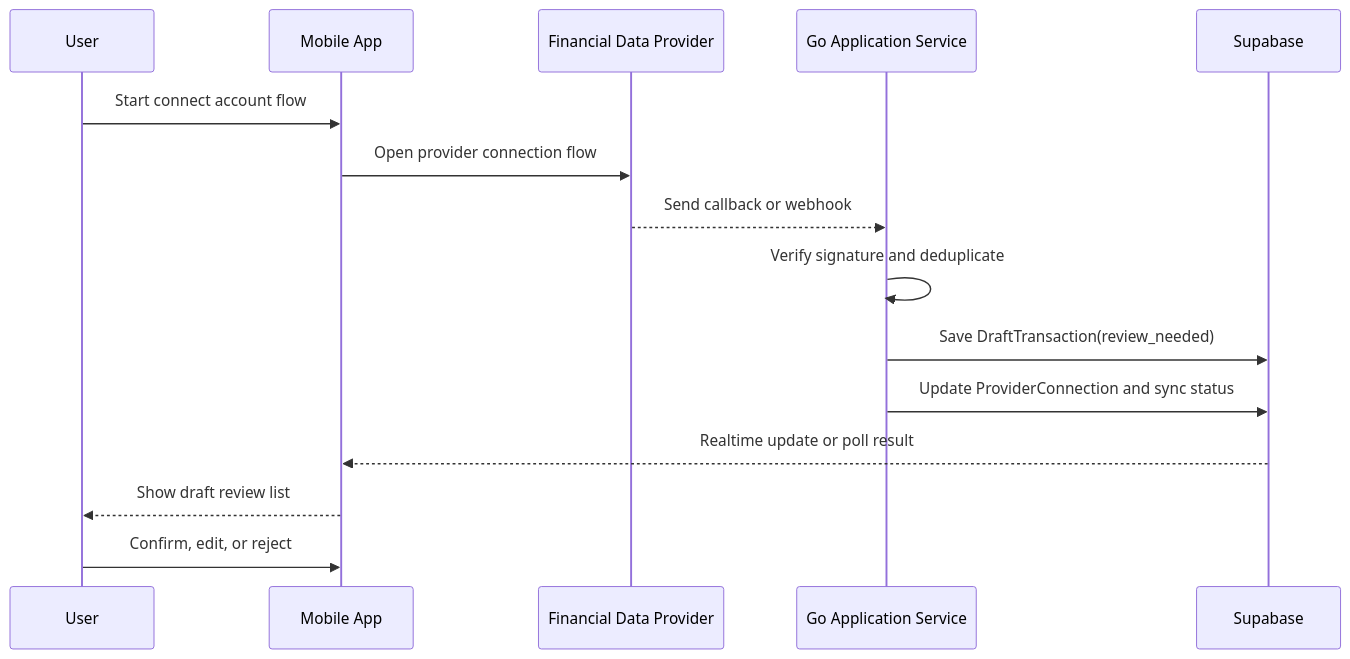
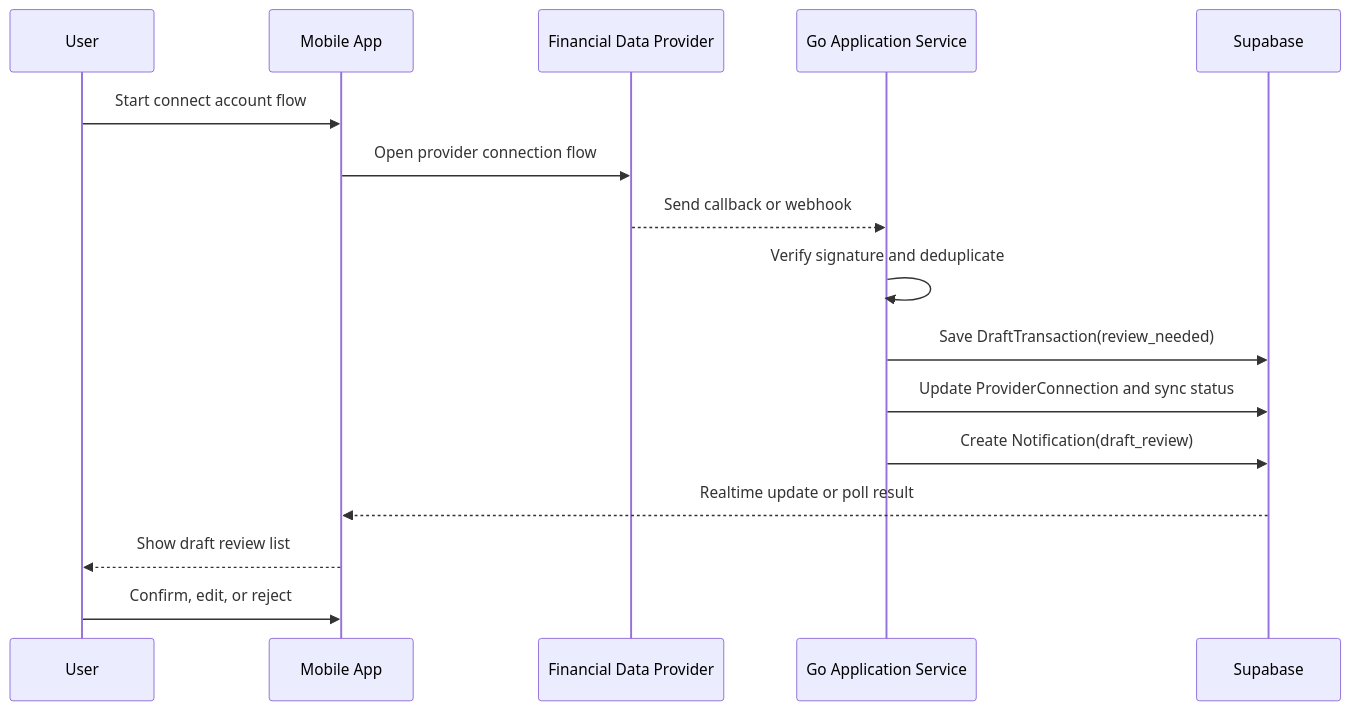
One commit to RioSudrajat/Halofin changed the ninth of 15 diagrams in docs/tech/Architecture.md. Above: the diagram before and after it, drawn with Mermaid. The commit also changed other lines of this file and 19 other files, not shown here.

````diff
--- a/docs/tech/Architecture.md
+++ b/docs/tech/Architecture.md
@@ -292,18 +546,19 @@
 ```mermaid
 sequenceDiagram
     participant U as User
     participant M as Mobile App
     participant P as Financial Data Provider
     participant A as Go Application Service
     participant DB as Supabase
 
     U->>M: Start connect account flow
     M->>P: Open provider connection flow
     P-->>A: Send callback or webhook
     A->>A: Verify signature and deduplicate
     A->>DB: Save DraftTransaction(review_needed)
     A->>DB: Update ProviderConnection and sync status
+    A->>DB: Create Notification(draft_review)
     DB-->>M: Realtime update or poll result
     M-->>U: Show draft review list
     U->>M: Confirm, edit, or reject
 ```
````
